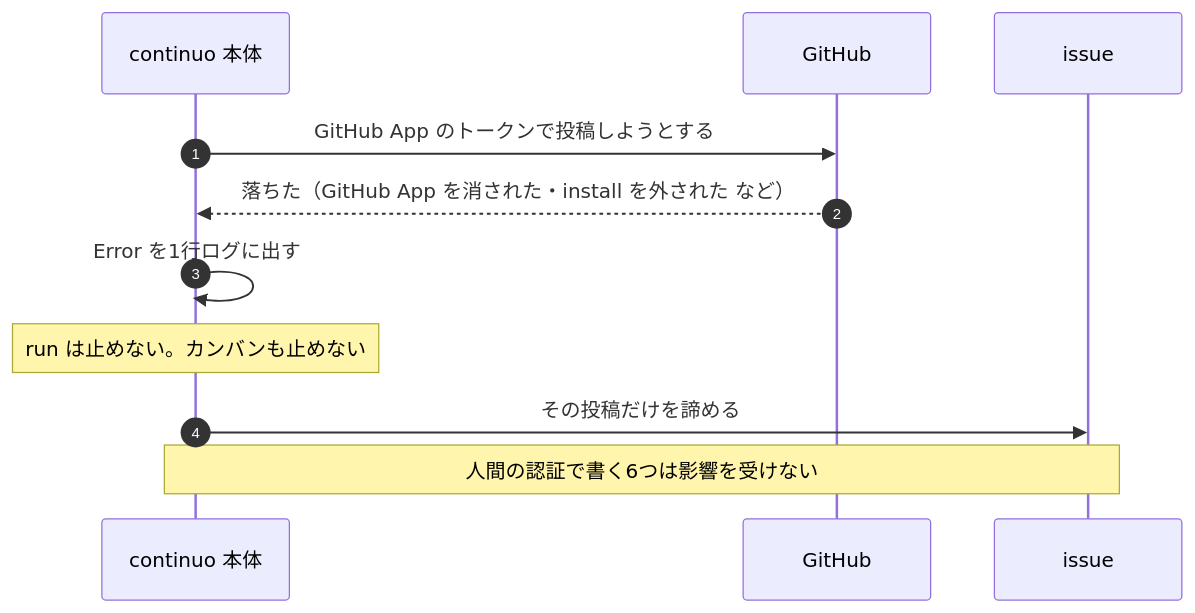
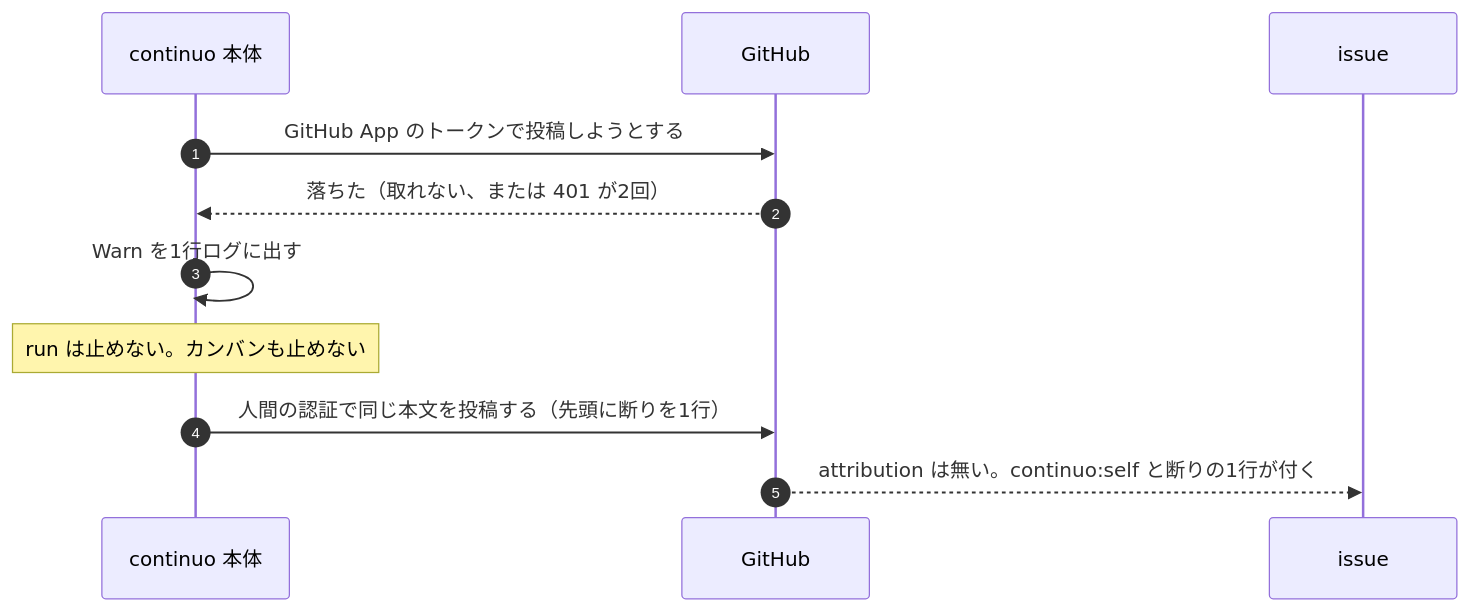
The tenth of 13 diagrams in docs/plans/impl/issue245_github_app_attribution.md (maimuzo/continuo), drawn with Mermaid before and after one commit. The commit also changed other lines of this file, not shown here.

First line of the commit message:
3周目のあとの突き合わせを設計へ反映する 本体の12箇所を全部 GitHub App で書き、取れなければ人間の認証で書き直す

````diff
--- a/docs/plans/impl/issue245_github_app_attribution.md
+++ b/docs/plans/impl/issue245_github_app_attribution.md
@@ -1003,13 +967,13 @@
 ```mermaid
 sequenceDiagram
     autonumber
     participant C as continuo 本体
     participant GH as GitHub
     participant G as issue
     C->>GH: GitHub App のトークンで投稿しようとする
-    GH-->>C: 落ちた（GitHub App を消された・install を外された など）
-    C->>C: Error を1行ログに出す
+    GH-->>C: 落ちた（取れない、または 401 が2回）
+    C->>C: Warn を1行ログに出す
     Note over C: run は止めない。カンバンも止めない
-    C->>G: その投稿だけを諦める
-    Note over C,G: 人間の認証で書く6つは影響を受けない
+    C->>GH: 人間の認証で同じ本文を投稿する（先頭に断りを1行）
+    GH-->>G: attribution は無い。continuo:self と断りの1行が付く
 ```
````
